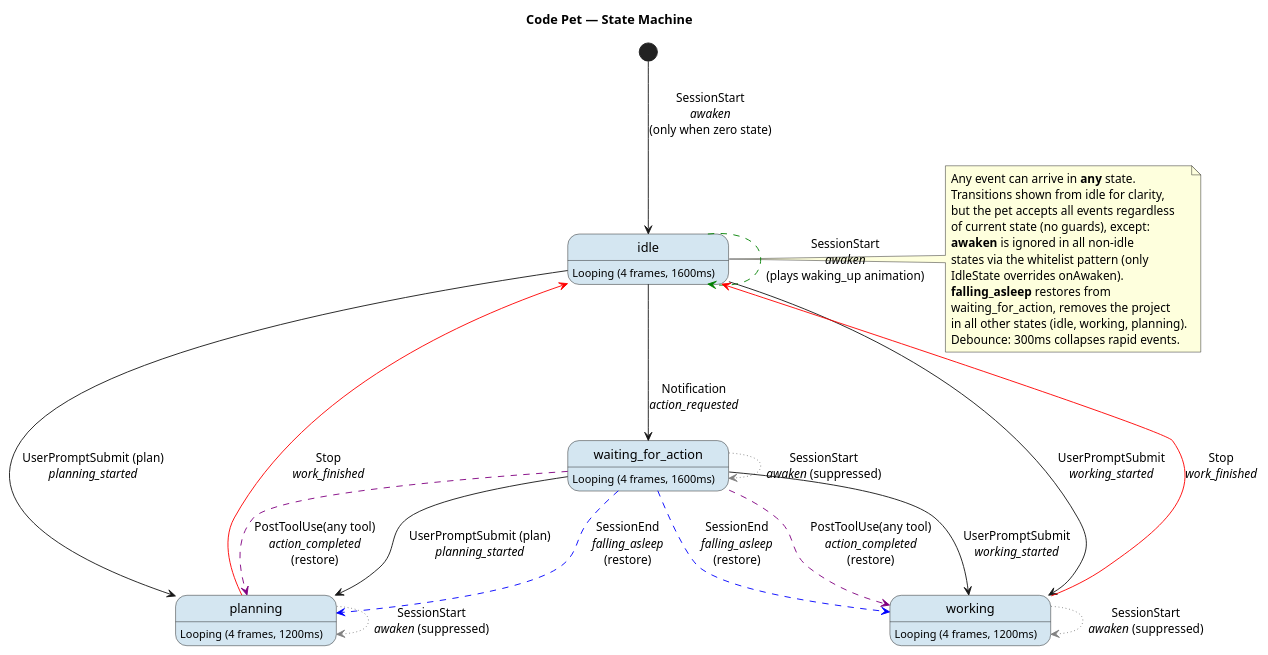
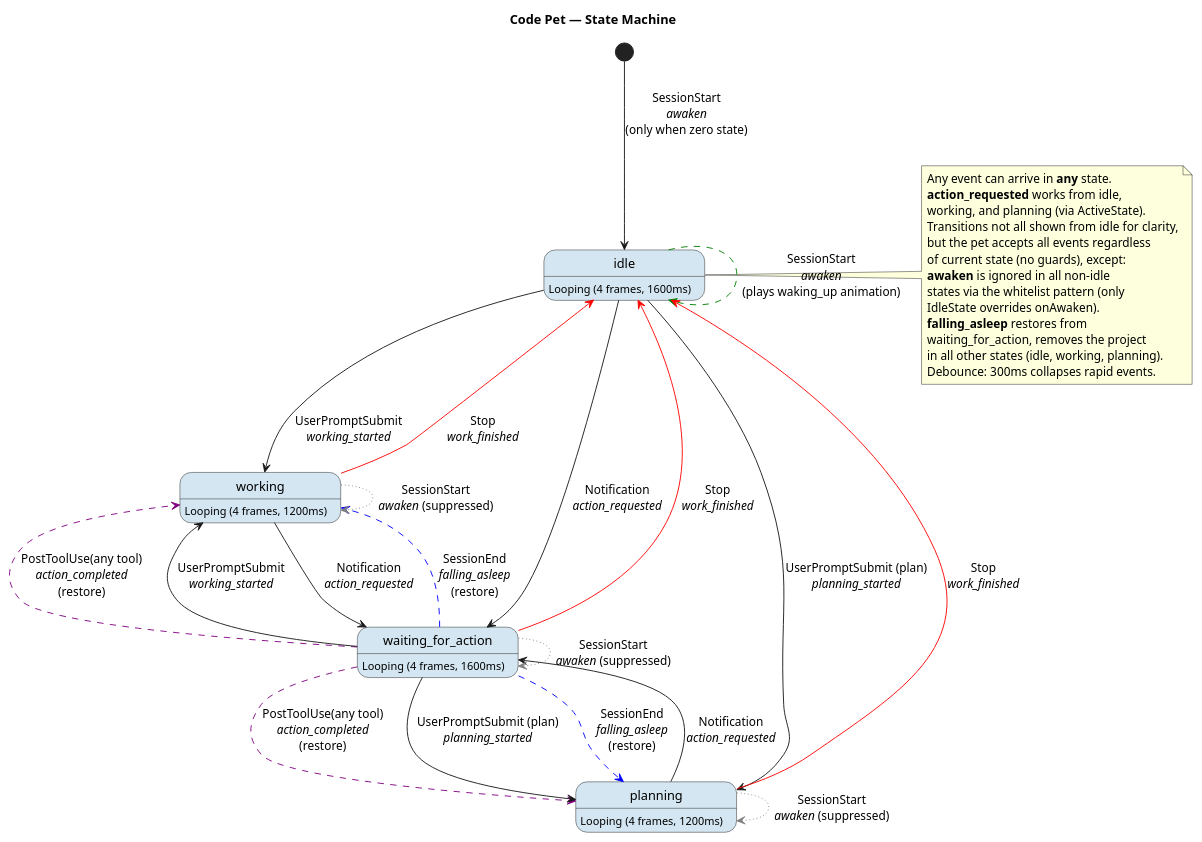
Before and after one commit to mradovic95/code-pet: the first of 2 diagrams in docs/state-diagram.puml, drawn with PlantUML. The commit also changed 15 other files, not shown here.

```diff
--- a/docs/state-diagram.puml
+++ b/docs/state-diagram.puml
@@ -1,58 +1,67 @@
 @startuml code-pet-states
 skinparam state {
   BackgroundColor<<looping>> #D4E6F1
 }
 
 title Code Pet — State Machine
 
 [*] --> idle : SessionStart\n//awaken//\n(only when zero state)
 
 state "idle" as idle <<looping>> : Looping (4 frames, 1600ms)
 state "working" as working <<looping>> : Looping (4 frames, 1200ms)
 state "planning" as planning <<looping>> : Looping (4 frames, 1200ms)
 state "waiting_for_action" as waiting_for_action <<looping>> : Looping (4 frames, 1600ms)
 
 ' ── Awaken: stays in idle, plays renderer-only waking_up animation ──
 idle -[#green,dashed]-> idle : SessionStart\n//awaken//\n(plays waking_up animation)
 
 ' ── Hook-driven transitions (any state → target) ──
 idle --> working : UserPromptSubmit\n//working_started//
 idle --> waiting_for_action : Notification\n//action_requested//
 idle --> planning : UserPromptSubmit (plan)\n//planning_started//
 
+' ── Permission prompt during active work ──
+working --> waiting_for_action : Notification\n//action_requested//
+planning --> waiting_for_action : Notification\n//action_requested//
+
 ' ── Stop returns to idle from active states ──
 working -[#red]-> idle : Stop\n//work_finished//
 planning -[#red]-> idle : Stop\n//work_finished//
 
 ' ── Awaken suppressed during ALL non-zero states ──
 working -[#grey,dotted]-> working : SessionStart\n//awaken// (suppressed)
 planning -[#grey,dotted]-> planning : SessionStart\n//awaken// (suppressed)
 waiting_for_action -[#grey,dotted]-> waiting_for_action : SessionStart\n//awaken// (suppressed)
 
 ' ── falling_asleep restores previous active state from waiting_for_action ──
 waiting_for_action -[#blue,dashed]-> working : SessionEnd\n//falling_asleep//\n(restore)
 waiting_for_action -[#blue,dashed]-> planning : SessionEnd\n//falling_asleep//\n(restore)
 
 ' ── action_completed restores previous active state ──
 waiting_for_action -[#purple,dashed]-> working : PostToolUse(any tool)\n//action_completed//\n(restore)
 waiting_for_action -[#purple,dashed]-> planning : PostToolUse(any tool)\n//action_completed//\n(restore)
 
+' ── Stop forces idle from waiting_for_action ──
+waiting_for_action -[#red]-> idle : Stop\n//work_finished//
+
 ' ── waiting_for_action exits via UserPromptSubmit ──
 waiting_for_action --> working : UserPromptSubmit\n//working_started//
 waiting_for_action --> planning : UserPromptSubmit (plan)\n//planning_started//
 
 note right of idle
   Any event can arrive in **any** state.
-  Transitions shown from idle for clarity,
+  **action_requested** works from idle,
+  working, and planning (via ActiveState).
+  Transitions not all shown from idle for clarity,
   but the pet accepts all events regardless
   of current state (no guards), except:
   **awaken** is ignored in all non-idle
   states via the whitelist pattern (only
   IdleState overrides onAwaken).
   **falling_asleep** restores from
   waiting_for_action, removes the project
   in all other states (idle, working, planning).
   Debounce: 300ms collapses rapid events.
 end note
 
 @enduml
```
